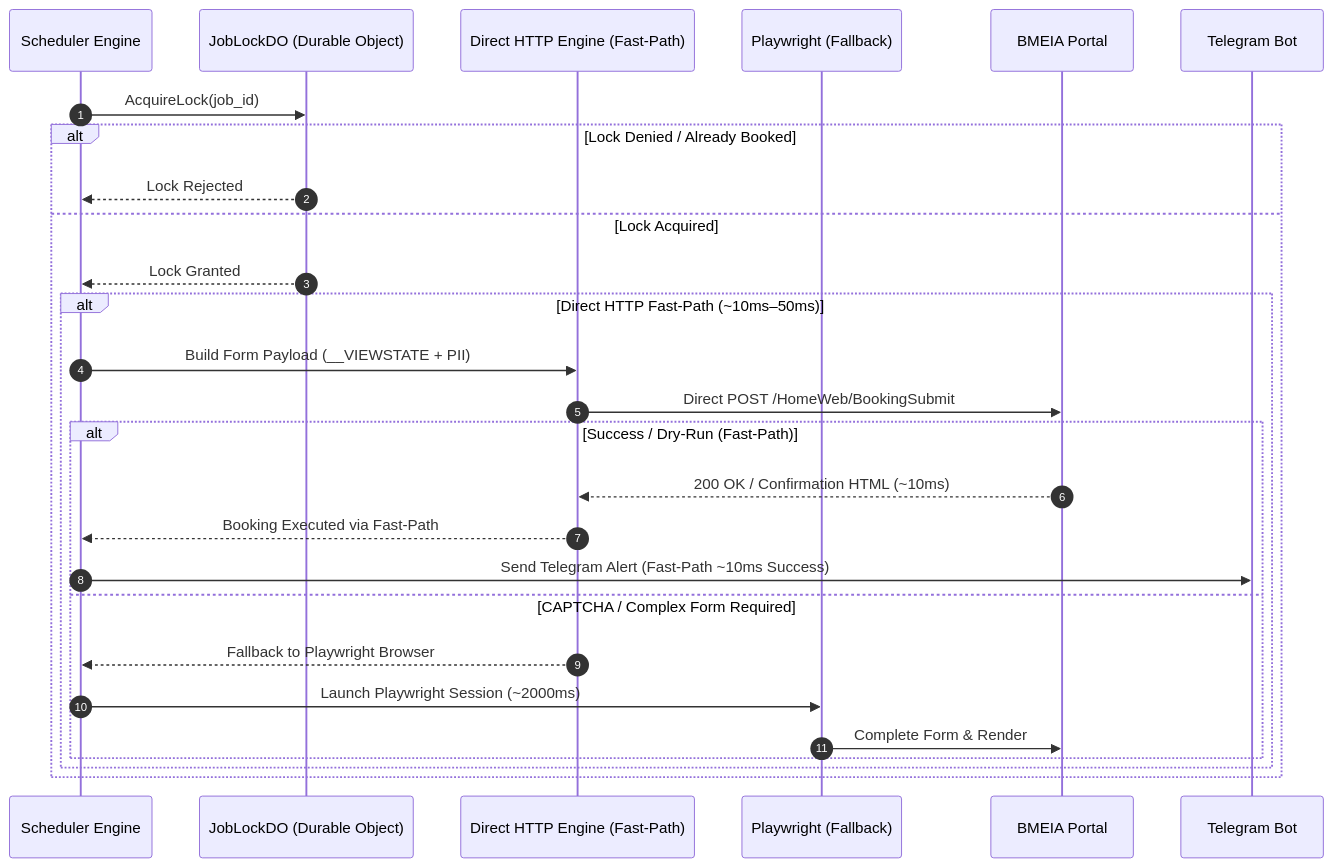
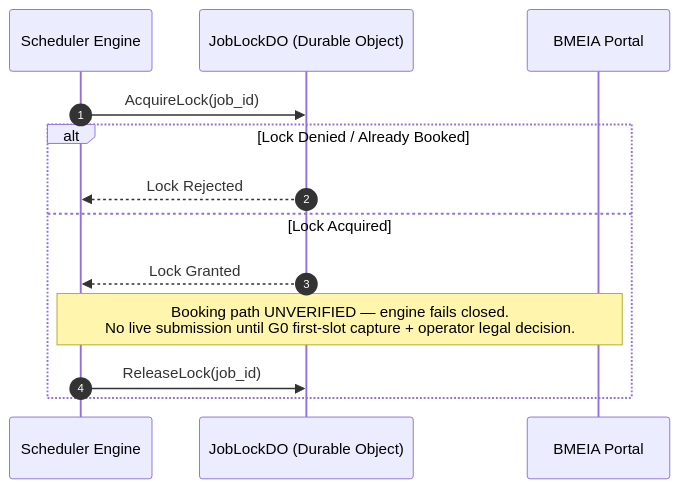
One commit to abdulsamed1/aegisflow changed the third of 3 diagrams in docs/architecture.md. Above: the diagram before and after it, drawn with Mermaid. The commit also changed other lines of this file and 19 other files, not shown here.

````diff
--- a/docs/architecture.md
+++ b/docs/architecture.md
@@ -162,30 +165,16 @@
 ```mermaid
 sequenceDiagram
     autonumber
     participant Sched as Scheduler Engine
     participant DO as JobLockDO (Durable Object)
-    participant HTTP as Direct HTTP Engine (Fast-Path)
-    participant PW as Playwright (Fallback)
     participant BMEIA as BMEIA Portal
-    participant TG as Telegram Bot
 
     Sched->>DO: AcquireLock(job_id)
     alt Lock Denied / Already Booked
         DO-->>Sched: Lock Rejected
     else Lock Acquired
         DO-->>Sched: Lock Granted
-        alt Direct HTTP Fast-Path (~10ms–50ms)
-            Sched->>HTTP: Build Form Payload (__VIEWSTATE + PII)
-            HTTP->>BMEIA: Direct POST /HomeWeb/BookingSubmit
-            alt Success / Dry-Run (Fast-Path)
-                BMEIA-->>HTTP: 200 OK / Confirmation HTML (~10ms)
-                HTTP-->>Sched: Booking Executed via Fast-Path
-                Sched->>TG: Send Telegram Alert (Fast-Path ~10ms Success)
-            else CAPTCHA / Complex Form Required
-                HTTP-->>Sched: Fallback to Playwright Browser
-                Sched->>PW: Launch Playwright Session (~2000ms)
-                PW->>BMEIA: Complete Form & Render
-            end
-        end
+        Note over Sched,BMEIA: Booking path UNVERIFIED — engine fails closed.<br/>No live submission until G0 first-slot capture + operator legal decision.
+        Sched->>DO: ReleaseLock(job_id)
     end
 ```
````
